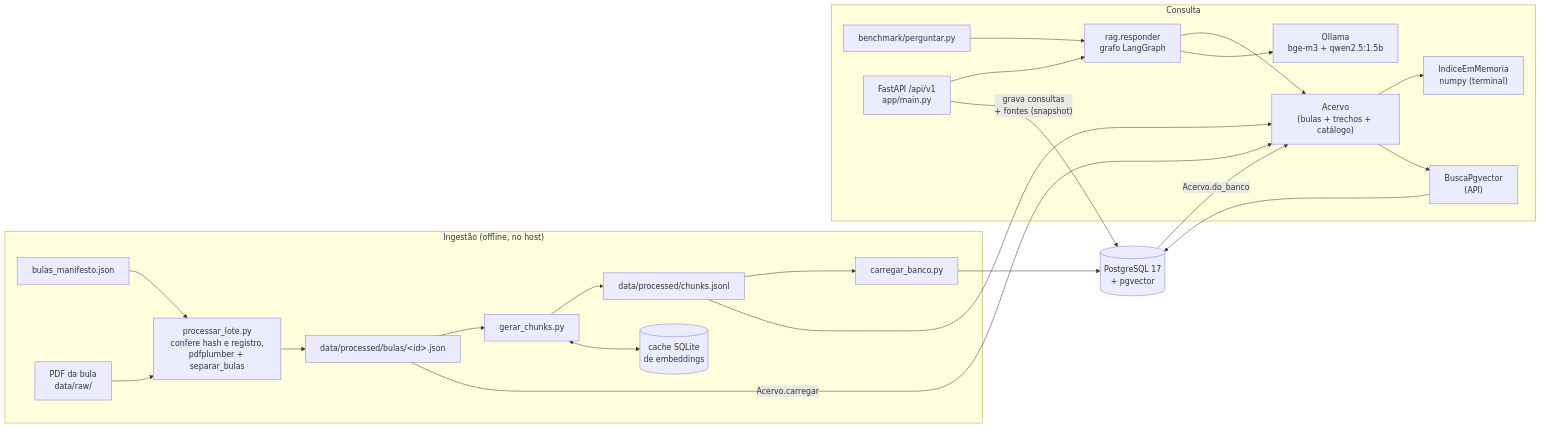
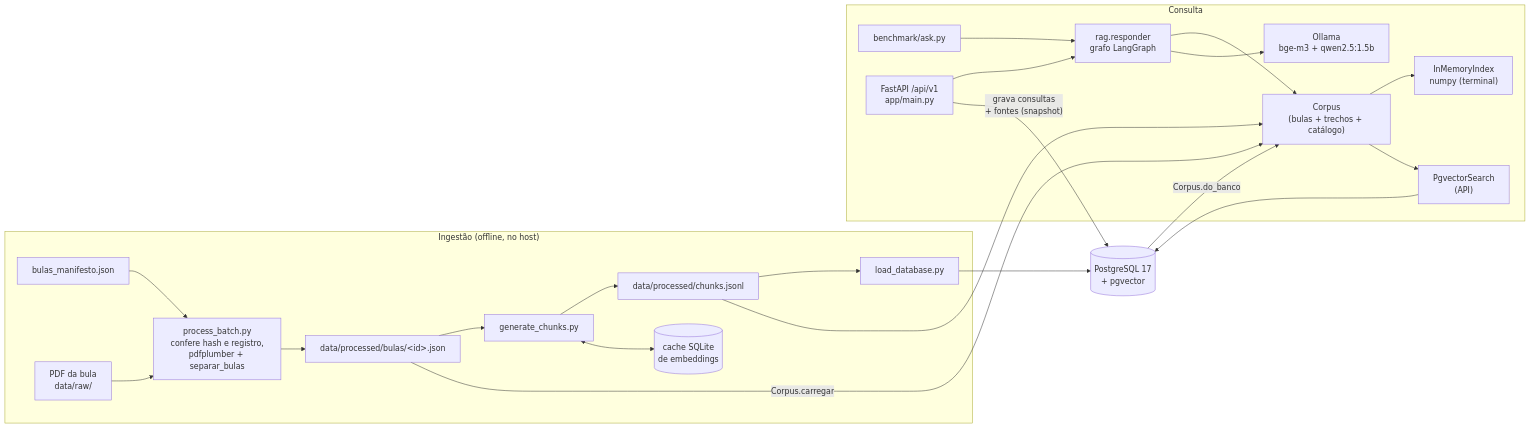
Before and after one commit to umdevaprendiz/farma-rag: the first of 5 diagrams in README.md, drawn with Mermaid. The commit also changed other lines of this file and 121 other files, not shown here.

````diff
--- a/README.md
+++ b/README.md
@@ -83,28 +83,28 @@
 ```mermaid
 flowchart LR
   subgraph ING["Ingestão (offline, no host)"]
-    MAN["bulas_manifesto.json"] --> PB["processar_lote.py<br/>confere hash e registro,<br/>pdfplumber + separar_bulas"]
+    MAN["bulas_manifesto.json"] --> PB["process_batch.py<br/>confere hash e registro,<br/>pdfplumber + separar_bulas"]
     PDF["PDF da bula<br/>data/raw/"] --> PB
     PB --> JSON["data/processed/bulas/&lt;id&gt;.json"]
-    JSON --> GC["gerar_chunks.py"]
+    JSON --> GC["generate_chunks.py"]
     GC --> JSONL["data/processed/chunks.jsonl"]
     GC <--> CACHE[("cache SQLite<br/>de embeddings")]
-    JSONL --> CB["carregar_banco.py"]
+    JSONL --> CB["load_database.py"]
   end
 
   subgraph RUN["Consulta"]
-    CLI["benchmark/perguntar.py"] --> RAG["rag.responder<br/>grafo LangGraph"]
+    CLI["benchmark/ask.py"] --> RAG["rag.responder<br/>grafo LangGraph"]
     API["FastAPI /api/v1<br/>app/main.py"] --> RAG
-    RAG --> ACV["Acervo<br/>(bulas + trechos + catálogo)"]
-    ACV --> MEM["IndiceEmMemoria<br/>numpy (terminal)"]
-    ACV --> BPG["BuscaPgvector<br/>(API)"]
+    RAG --> ACV["Corpus<br/>(bulas + trechos + catálogo)"]
+    ACV --> MEM["InMemoryIndex<br/>numpy (terminal)"]
+    ACV --> BPG["PgvectorSearch<br/>(API)"]
     RAG --> OLL["Ollama<br/>bge-m3 + qwen2.5:1.5b"]
   end
 
-  JSON -- "Acervo.carregar" --> ACV
+  JSON -- "Corpus.carregar" --> ACV
   JSONL --> ACV
   CB --> PG[("PostgreSQL 17<br/>+ pgvector")]
-  PG -- "Acervo.do_banco" --> ACV
+  PG -- "Corpus.do_banco" --> ACV
   BPG --> PG
   API -- "grava consultas<br/>+ fontes (snapshot)" --> PG
 ```
````
